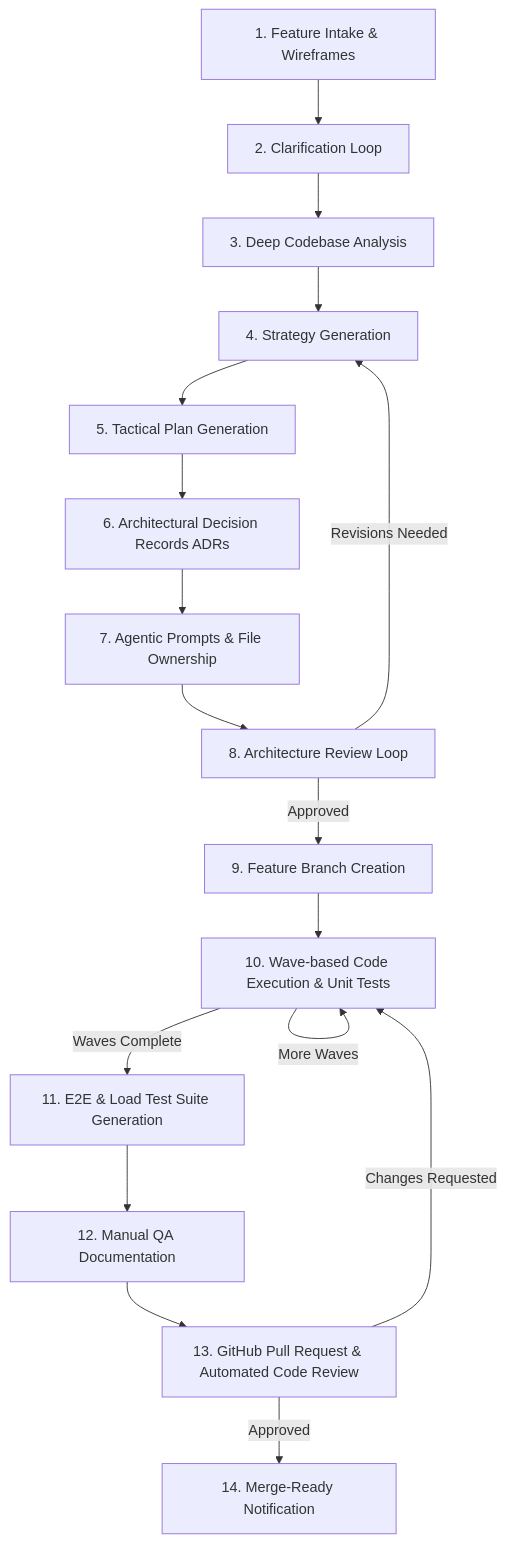
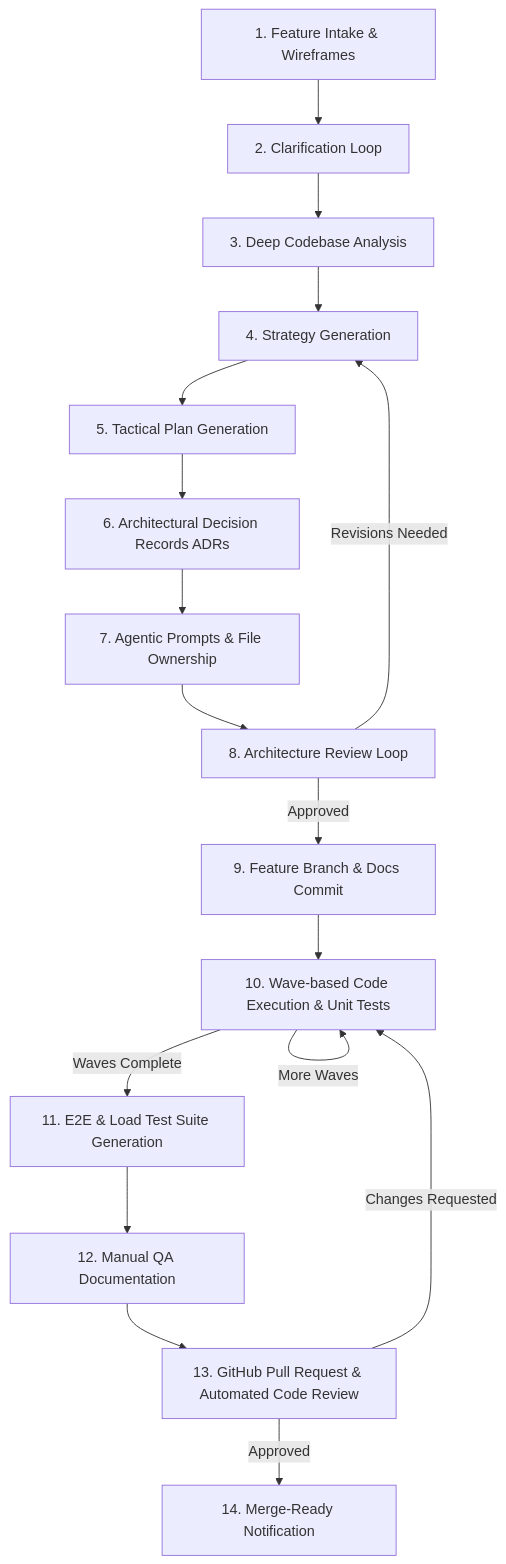
Before and after one commit to CABM-CRUCIBLE/homecare-af: the diagram in README.md, drawn with Mermaid. The commit also changed other lines of this file and 19 other files, not shown here.

Commit message:
cabm - architecture documentation check in / web ui changes

````diff
--- a/README.md
+++ b/README.md
@@ -60,19 +61,19 @@
 ```mermaid
 flowchart TD
     A[1. Feature Intake & Wireframes] --> B[2. Clarification Loop]
     B --> C[3. Deep Codebase Analysis]
     C --> D[4. Strategy Generation]
     D --> E[5. Tactical Plan Generation]
     E --> F[6. Architectural Decision Records ADRs]
     F --> G[7. Agentic Prompts & File Ownership]
     G --> H[8. Architecture Review Loop]
-    H -->|Approved| I[9. Feature Branch Creation]
+    H -->|Approved| I[9. Feature Branch & Docs Commit]
     H -->|Revisions Needed| D
     I --> J[10. Wave-based Code Execution & Unit Tests]
     J -->|More Waves| J
     J -->|Waves Complete| K[11. E2E & Load Test Suite Generation]
     K --> L[12. Manual QA Documentation]
     L --> M[13. GitHub Pull Request & Automated Code Review]
     M -->|Changes Requested| J
     M -->|Approved| N[14. Merge-Ready Notification]
 ```
````
